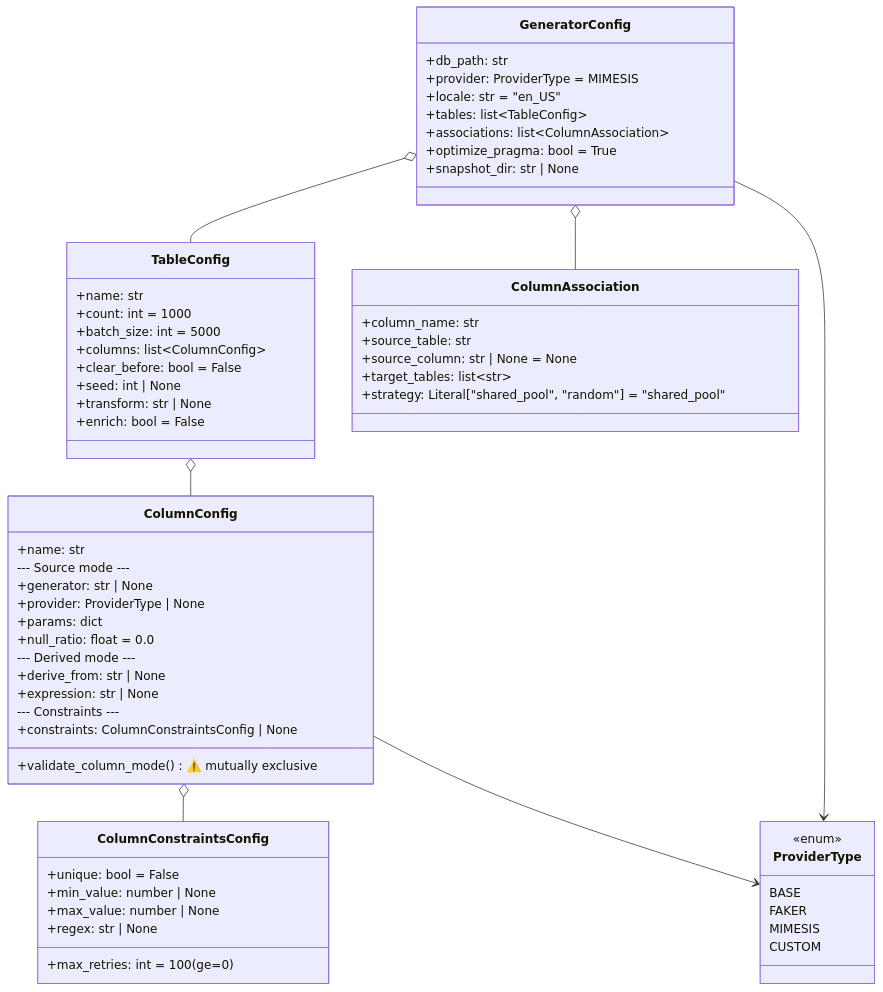
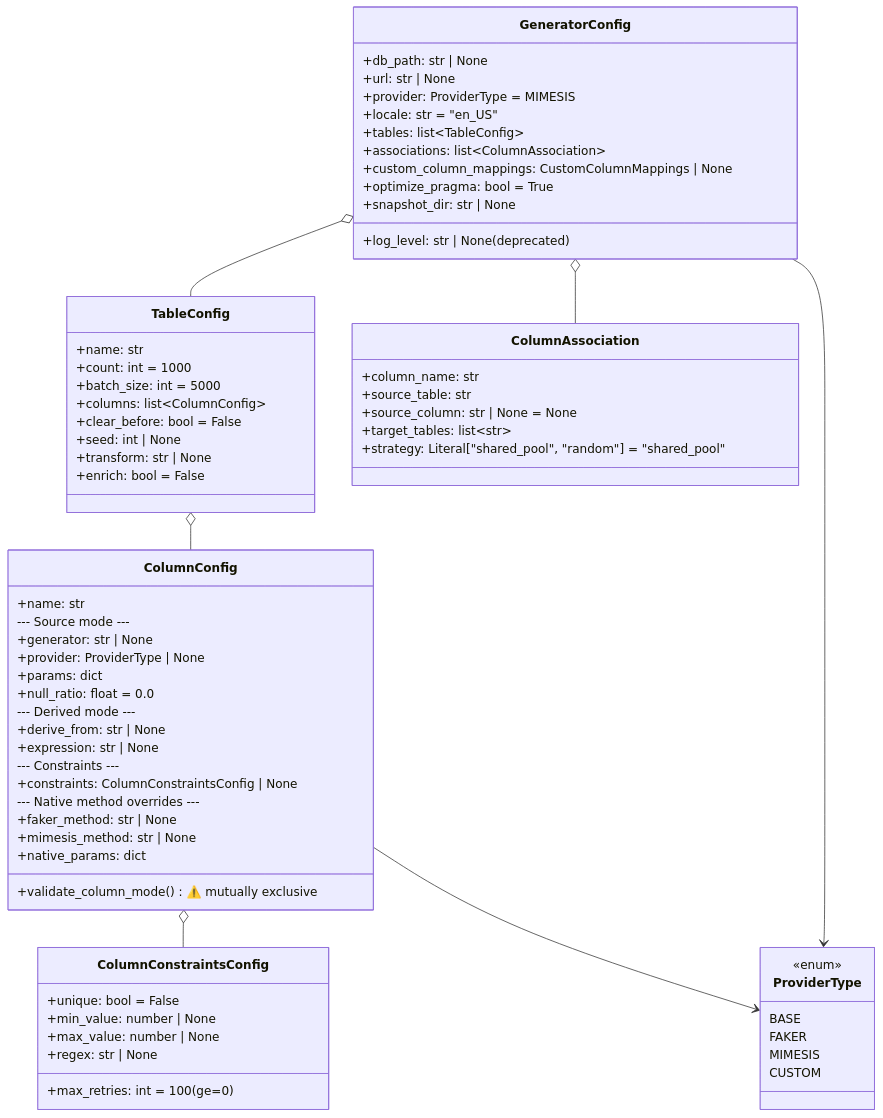
Before and after one commit to sunbos/sqlseed: the ninth of 11 diagrams in docs/architecture.md, drawn with Mermaid. The commit also changed other lines of this file and 21 other files, not shown here.

````diff
--- a/docs/architecture.md
+++ b/docs/architecture.md
@@ -580,69 +581,76 @@
 ```mermaid
 classDiagram
     class GeneratorConfig {
-        +db_path: str
+        +db_path: str | None
+        +url: str | None
         +provider: ProviderType = MIMESIS
         +locale: str = "en_US"
         +tables: list~TableConfig~
         +associations: list~ColumnAssociation~
+        +custom_column_mappings: CustomColumnMappings | None
         +optimize_pragma: bool = True
         +snapshot_dir: str | None
+        +log_level: str | None (deprecated)
     }
 
     class TableConfig {
         +name: str
         +count: int = 1000
         +batch_size: int = 5000
         +columns: list~ColumnConfig~
         +clear_before: bool = False
         +seed: int | None
         +transform: str | None
         +enrich: bool = False
     }
 
     class ColumnConfig {
         +name: str
         --- Source mode ---
         +generator: str | None
         +provider: ProviderType | None
         +params: dict
         +null_ratio: float = 0.0
         --- Derived mode ---
         +derive_from: str | None
         +expression: str | None
         --- Constraints ---
         +constraints: ColumnConstraintsConfig | None
+        --- Native method overrides ---
+        +faker_method: str | None
+        +mimesis_method: str | None
+        +native_params: dict
         +validate_column_mode() ⚠️ mutually exclusive
     }
 
     class ColumnConstraintsConfig {
         +unique: bool = False
         +min_value: number | None
         +max_value: number | None
         +regex: str | None
         +max_retries: int = 100 (ge=0)
     }
 
     class ColumnAssociation {
         +column_name: str
         +source_table: str
         +source_column: str | None = None
         +target_tables: list~str~
         +strategy: Literal["shared_pool", "random"] = "shared_pool"
     }
 
     class ProviderType {
         <<enum>>
         BASE
         FAKER
         MIMESIS
         CUSTOM
     }
 
     GeneratorConfig o-- TableConfig
     GeneratorConfig o-- ColumnAssociation
     GeneratorConfig --> ProviderType
     TableConfig o-- ColumnConfig
     ColumnConfig o-- ColumnConstraintsConfig
     ColumnConfig --> ProviderType
 ```
````
